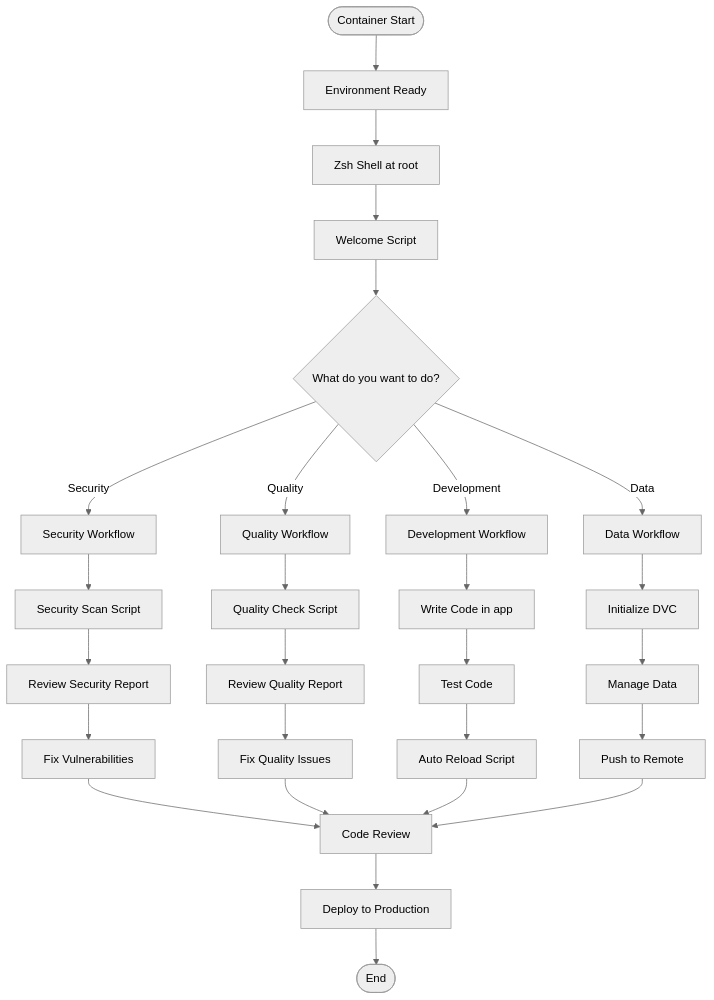
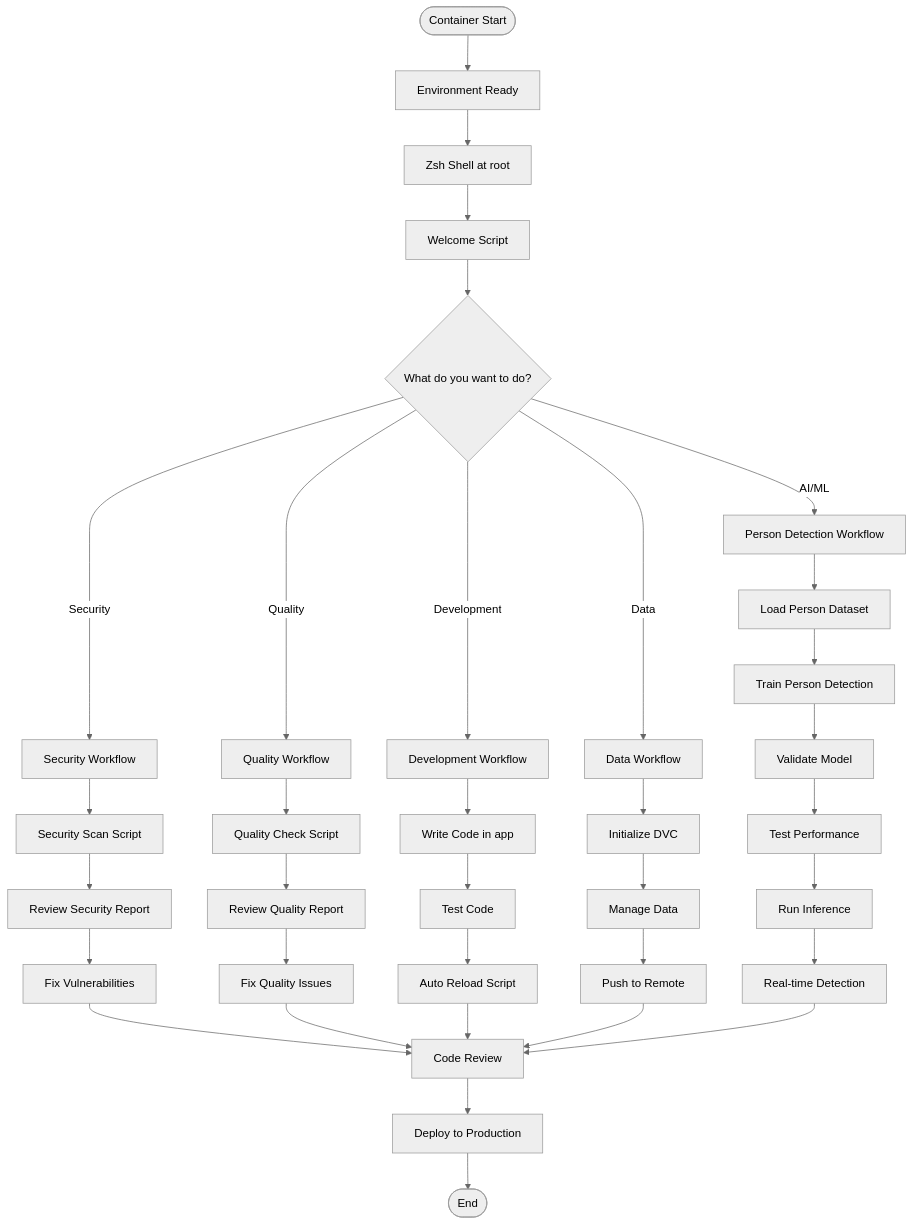
One commit to wisrovi/wAgents changed the third of 5 diagrams in docker_readme.md. Above: the diagram before and after it, drawn with Mermaid (neutral theme). The commit also changed other lines of this file and 114 other files, not shown here.

````diff
--- a/docker_readme.md
+++ b/docker_readme.md
@@ -208,37 +257,46 @@
 ```mermaid
 flowchart TD
     Start([Container Start]) --> Setup[Environment Ready]
     Setup --> Zsh[Zsh Shell at root]
     Zsh --> Welcome[Welcome Script]
     
     Welcome --> Choice{What do you want to do?}
     
     Choice -->|Security| SecurityPath[Security Workflow]
     Choice -->|Quality| QualityPath[Quality Workflow]
     Choice -->|Development| DevPath[Development Workflow]
     Choice -->|Data| DataPath[Data Workflow]
+    Choice -->|AI/ML| YoloPath[Person Detection Workflow]
     
     SecurityPath --> SecScan[Security Scan Script]
     SecScan --> SecReport[Review Security Report]
     SecReport --> SecFix[Fix Vulnerabilities]
     
     QualityPath --> QualCheck[Quality Check Script]
     QualCheck --> QualReport[Review Quality Report]
     QualReport --> QualFix[Fix Quality Issues]
     
     DevPath --> DevCode[Write Code in app]
     DevCode --> DevTest[Test Code]
     DevTest --> DevReload[Auto Reload Script]
     
     DataPath --> DVCInit[Initialize DVC]
     DVCInit --> DVCData[Manage Data]
     DVCData --> DVCPush[Push to Remote]
     
+    YoloPath --> YoloDataset[Load Person Dataset]
+    YoloDataset --> YoloTrain[Train Person Detection]
+    YoloTrain --> YoloVal[Validate Model]
+    YoloVal --> YoloTest[Test Performance]
+    YoloTest --> YoloInf[Run Inference]
+    YoloInf --> YoloReal[Real-time Detection]
+    
     SecFix --> Review[Code Review]
     QualFix --> Review
     DevReload --> Review
     DVCPush --> Review
+    YoloReal --> Review
     
     Review --> Deploy[Deploy to Production]
     Deploy --> End([End])
 ```
````
